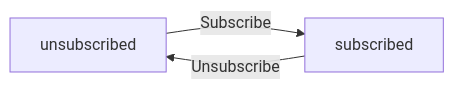
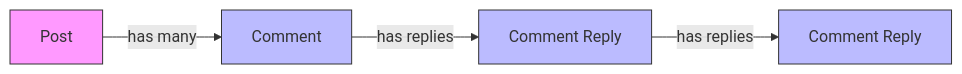
One commit to wrtnlabs/autobe-examples changed the fourth of 6 diagrams in qwen/qwen3.5-122b-a10b/reddit/docs/analysis/02-domain-model.md. Above: the diagram before and after it, drawn with Mermaid. The commit also changed other lines of this file and 32093 other files, not shown here.

````diff
--- a/qwen/qwen3.5-122b-a10b/reddit/docs/analysis/02-domain-model.md
+++ b/qwen/qwen3.5-122b-a10b/reddit/docs/analysis/02-domain-model.md
@@ -1482,5 +223,10 @@
 ```mermaid
 flowchart LR
-    A["unsubscribed"] -->|"Subscribe"| B["subscribed"]
-    B["subscribed"] -->|"Unsubscribe"| A["unsubscribed"]
+    A["Post"] -->|"has many"| B["Comment"]
+    B -->|"has replies"| C["Comment Reply"]
+    C -->|"has replies"| D["Comment Reply"]
+    style A fill:#f9f,stroke:#333
+    style B fill:#bbf,stroke:#333
+    style C fill:#bbf,stroke:#333
+    style D fill:#bbf,stroke:#333
 ```
````
